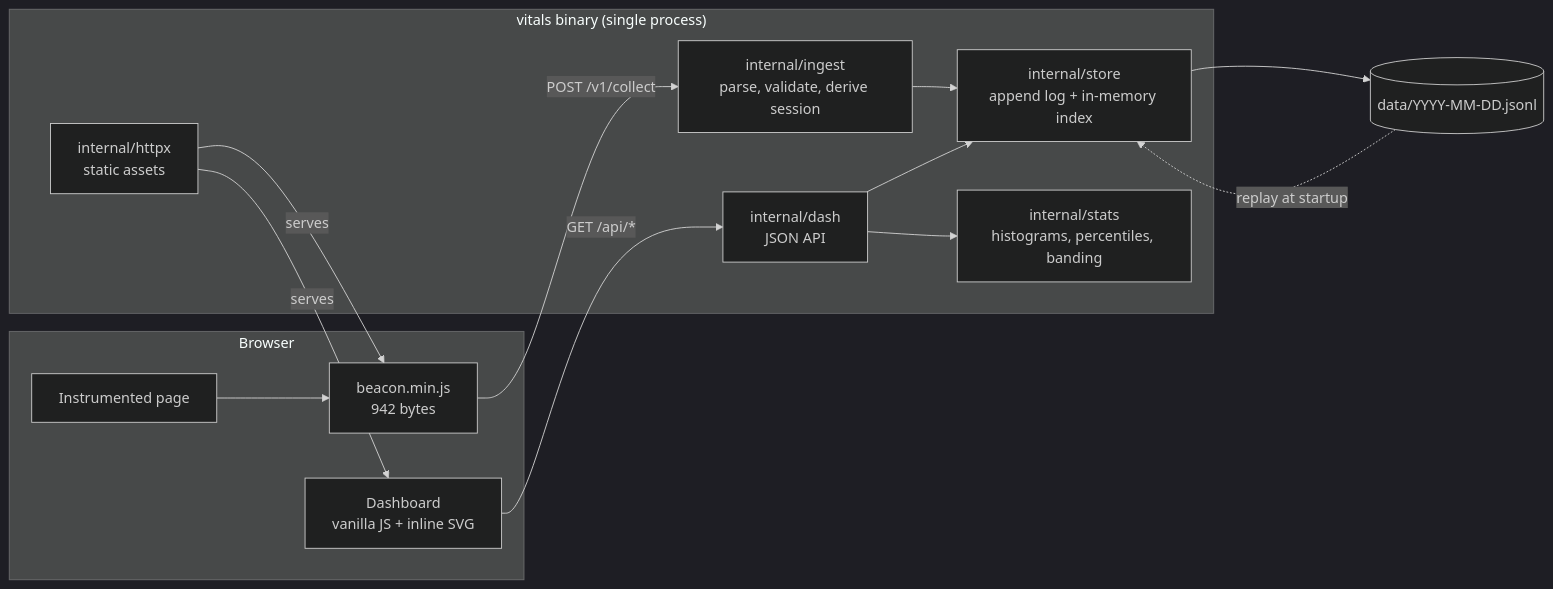
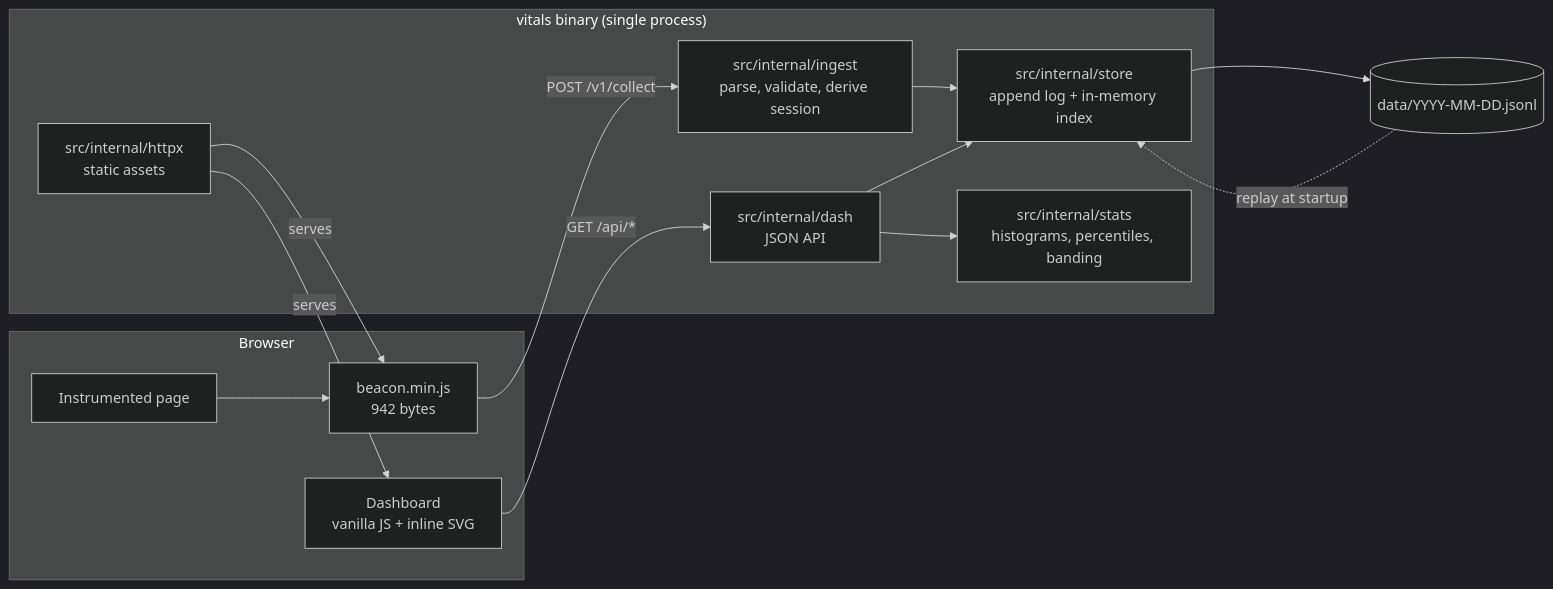
Before and after one commit to ikeshavvarshney/vitals: the first of 5 diagrams in docs/architecture.md, drawn with Mermaid (dark theme). The commit also changed other lines of this file and 79 other files, not shown here.

````diff
--- a/docs/architecture.md
+++ b/docs/architecture.md
@@ -15,29 +15,29 @@
 ```mermaid
 flowchart LR
     subgraph browser["Browser"]
         page["Instrumented page"]
         beacon["beacon.min.js<br/>942 bytes"]
         dash["Dashboard<br/>vanilla JS + inline SVG"]
         page --> beacon
     end
 
     subgraph binary["vitals binary (single process)"]
-        httpx["internal/httpx<br/>static assets"]
-        ingest["internal/ingest<br/>parse, validate, derive session"]
-        store["internal/store<br/>append log + in-memory index"]
-        stats["internal/stats<br/>histograms, percentiles, banding"]
-        api["internal/dash<br/>JSON API"]
+        httpx["src/internal/httpx<br/>static assets"]
+        ingest["src/internal/ingest<br/>parse, validate, derive session"]
+        store["src/internal/store<br/>append log + in-memory index"]
+        stats["src/internal/stats<br/>histograms, percentiles, banding"]
+        api["src/internal/dash<br/>JSON API"]
     end
 
     disk[("data/YYYY-MM-DD.jsonl")]
 
     beacon -- "POST /v1/collect" --> ingest
     ingest --> store
     store --> disk
     disk -. "replay at startup" .-> store
     api --> store
     api --> stats
     dash -- "GET /api/*" --> api
     httpx -- "serves" --> beacon
     httpx -- "serves" --> dash
 ```
````
